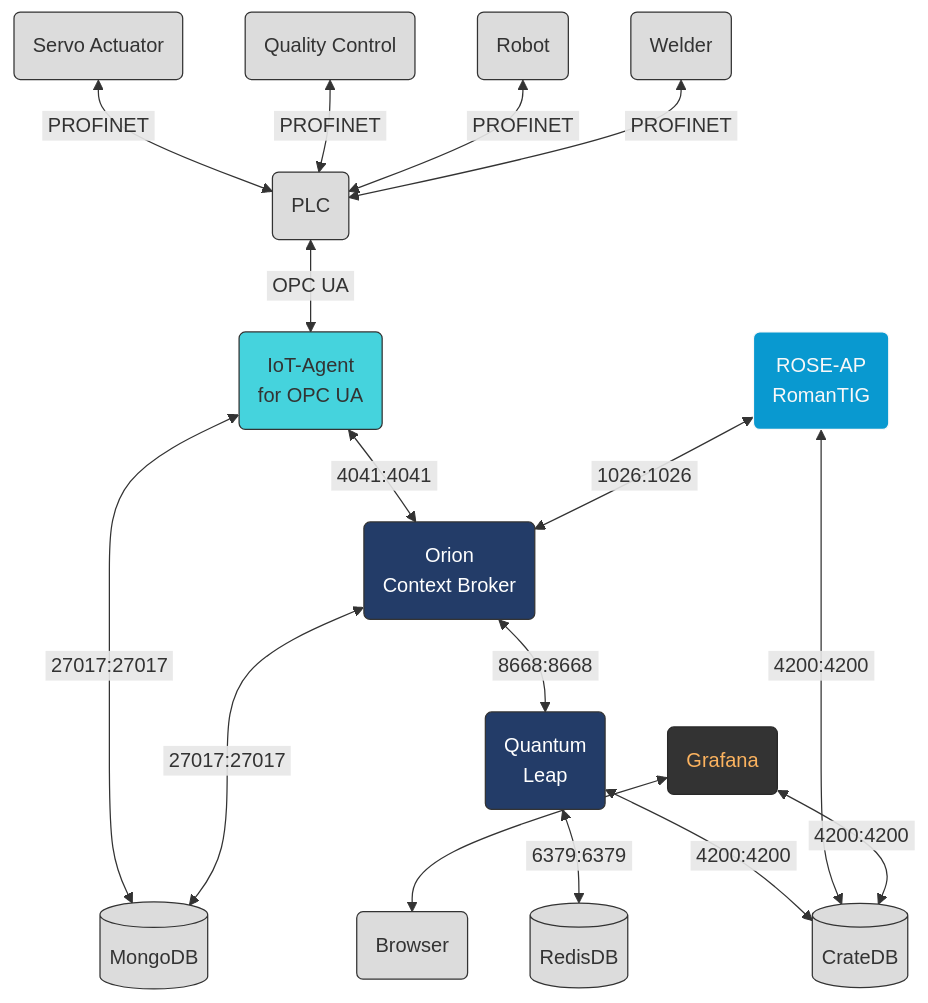
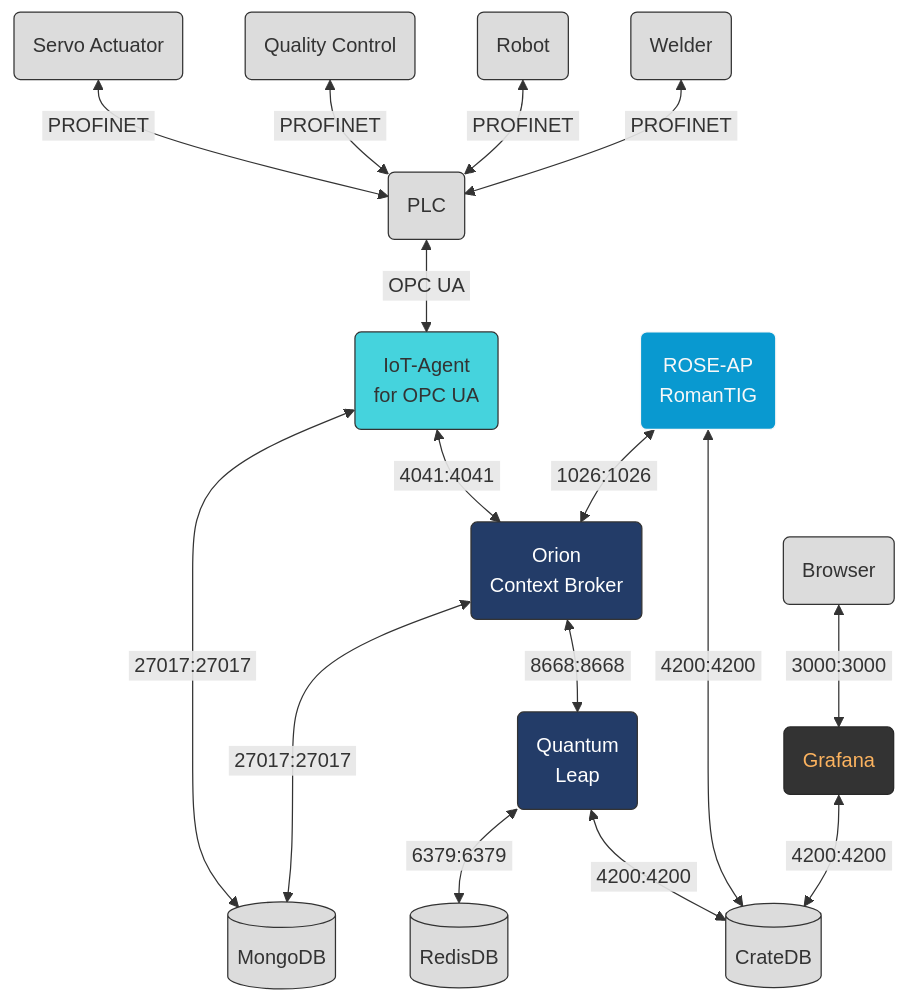
The second of 2 diagrams in README.md (claret-srl/ROMANTIG), drawn with Mermaid before and after one commit.

````diff
--- a/README.md
+++ b/README.md
@@ -254,33 +254,32 @@
 ```mermaid
   flowchart TD
     Welder(Welder)
     Robot(Robot)
     QC(Quality Control)
     Actuator(Servo Actuator)
     PLC(PLC)
     IoT-Agent(IoT-Agent \n for OPC UA):::Cyan
     Orion(Orion \n Context Broker):::DarkBlue
     Quantumleap(Quantum \n Leap):::DarkBlue
     ROSE-AP(ROSE-AP \n RomanTIG):::Claret
     Redis[(RedisDB)]
     Mongo[(MongoDB)]
     Crate[(CrateDB)]
     Grafana(Grafana):::Grafana
     Browser(Browser)
 
     Orion & IoT-Agent <--&nbsp27017:27017&nbsp---> Mongo
     ROSE-AP <--&nbsp1026:1026&nbsp--> Orion
     Quantumleap <--&nbsp6379:6379&nbsp--> Redis
     Welder & Robot & QC & Actuator <--&nbspPROFINET&nbsp--> PLC <--&nbspOPC UA&nbsp--> IoT-Agent <--&nbsp4041:4041&nbsp--> Orion <--&nbsp8668:8668&nbsp--> Quantumleap
-    Grafana <--&nbsp4200:4200&nbsp--> Crate
+    Browser <--&nbsp3000:3000&nbsp--> Grafana <--&nbsp4200:4200&nbsp--> Crate
     ROSE-AP  & Quantumleap <--&nbsp4200:4200&nbsp--> Crate
-    Grafana <--> Browser
     
 classDef DarkBlue fill:#233C68,stroke:#333,color:#FFF
 classDef Cyan fill:#45D3DD,stroke:#333,color:#333
 classDef Gainsboro fill:Gainsboro,stroke:#333,color:#333
 classDef Grafana fill:#333,Stroke:#282828,color:#FCB35F
 classDef Claret fill:#0999D0,Stroke:#F8F8F8,color:#F8F8F8
 
 class Crate,Mongo,Redis,Welder,Robot,QC,Actuator,PLC,Browser Gainsboro
 ```
````
